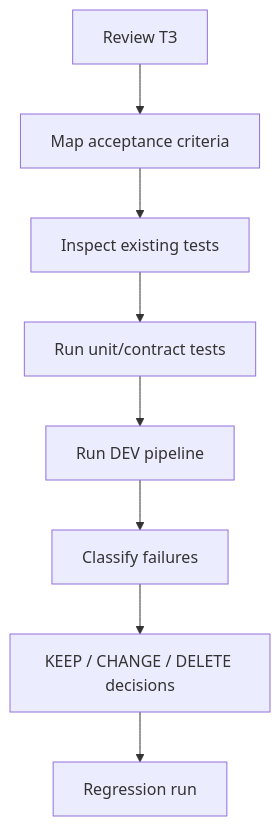
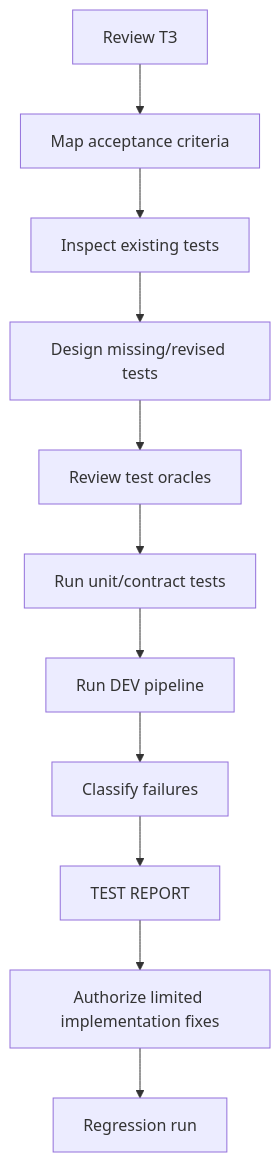
Before and after one commit to VictorKVS/OSINT_deepseek: the diagram in docs/TEST_PLAN_V1.md, drawn with Mermaid. The commit also changed other lines of this file, not shown here.

Commit message:
Align test plan with Stage 04 reviewed test design

````diff
--- a/docs/TEST_PLAN_V1.md
+++ b/docs/TEST_PLAN_V1.md
@@ -11,10 +11,13 @@
 ```mermaid
 flowchart TD
     T0[Review ТЗ] --> T1[Map acceptance criteria]
     T1 --> T2[Inspect existing tests]
-    T2 --> T3[Run unit/contract tests]
-    T3 --> T4[Run DEV pipeline]
-    T4 --> T5[Classify failures]
-    T5 --> T6[KEEP / CHANGE / DELETE decisions]
-    T6 --> T7[Regression run]
+    T2 --> T3[Design missing/revised tests]
+    T3 --> T4[Review test oracles]
+    T4 --> T5[Run unit/contract tests]
+    T5 --> T6[Run DEV pipeline]
+    T6 --> T7[Classify failures]
+    T7 --> T8[TEST REPORT]
+    T8 --> T9[Authorize limited implementation fixes]
+    T9 --> T10[Regression run]
 ```
````
